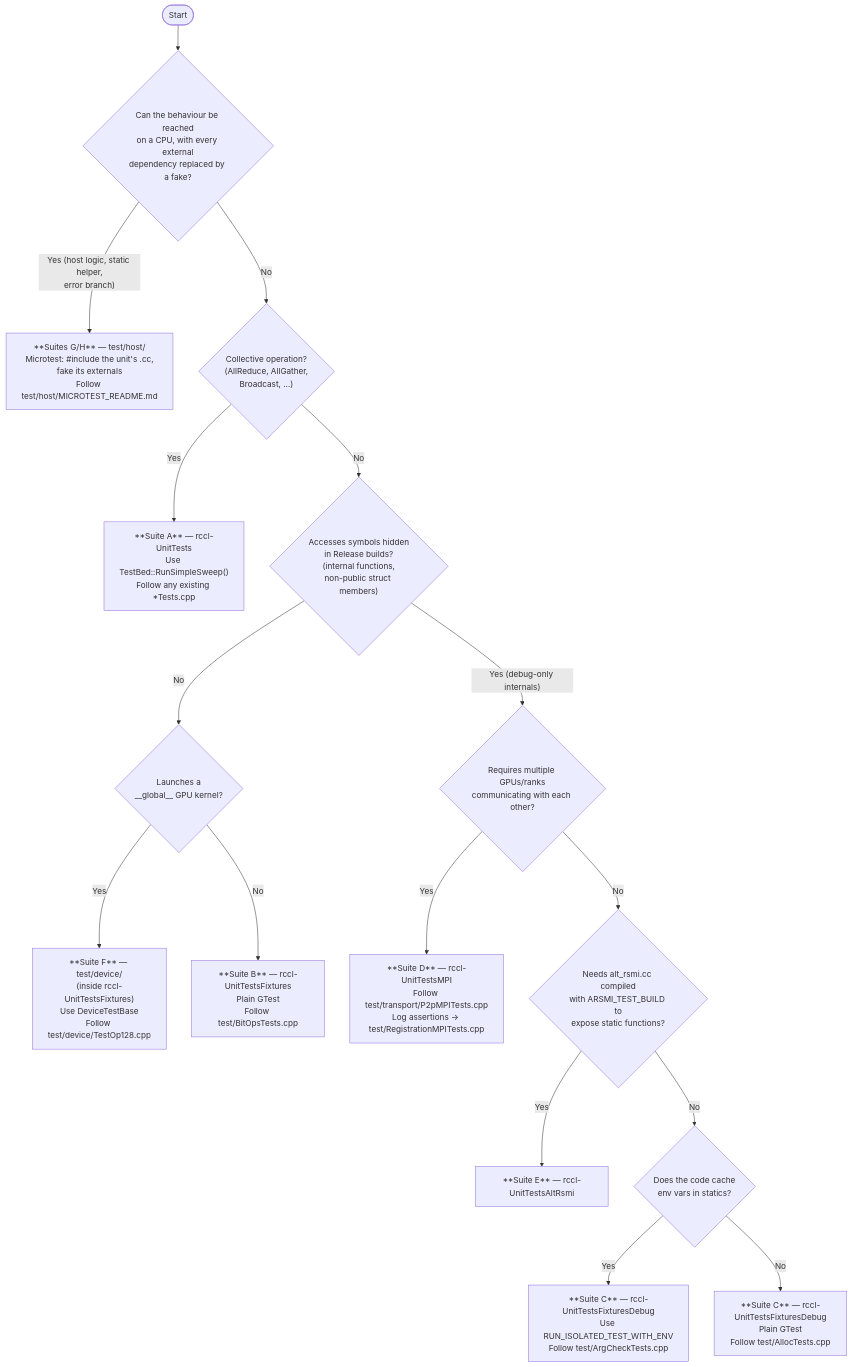
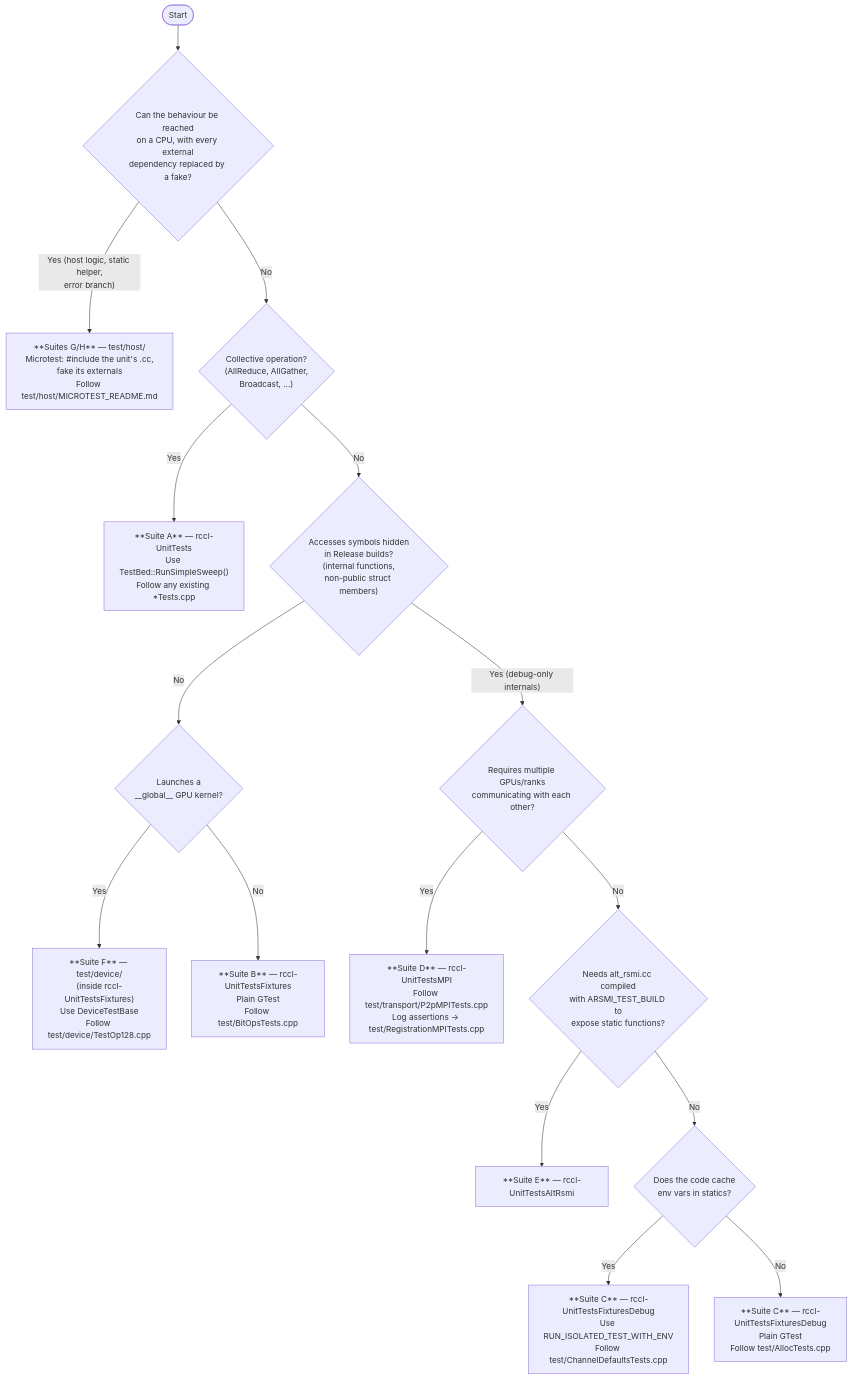
The diagram in projects/rccl/TESTING.md (ROCm/rocm-systems), drawn with Mermaid before and after one commit. The commit also changed other lines of this file, not shown here.

First line of the commit message:
[rccl] Correct stale claims in TESTING.md

````diff
--- a/projects/rccl/TESTING.md
+++ b/projects/rccl/TESTING.md
@@ -703,29 +730,29 @@
 ```mermaid
 flowchart TD
     A([Start]) --> Q1{"Can the behaviour be reached\non a CPU, with every external\ndependency replaced by a fake?"}
 
     Q1 -- "Yes (host logic, static helper,\nerror branch)" --> SGH["**Suites G/H** — test/host/\nMicrotest: #include the unit's .cc,\nfake its externals\nFollow test/host/MICROTEST_README.md"]
 
     Q1 -- No --> Q2{"Collective operation?\n(AllReduce, AllGather,\nBroadcast, …)"}
 
     Q2 -- Yes --> SA["**Suite A** — rccl-UnitTests\nUse TestBed::RunSimpleSweep()\nFollow any existing *Tests.cpp"]
 
     Q2 -- No --> Q3{"Accesses symbols hidden\nin Release builds?\n(internal functions,\nnon-public struct members)"}
 
     Q3 -- No --> Q4{"Launches a\n__global__ GPU kernel?"}
     Q4 -- Yes --> SF["**Suite F** — test/device/\n(inside rccl-UnitTestsFixtures)\nUse DeviceTestBase\nFollow test/device/TestOp128.cpp"]
     Q4 -- No --> SB["**Suite B** — rccl-UnitTestsFixtures\nPlain GTest\nFollow test/BitOpsTests.cpp"]
 
     Q3 -- "Yes (debug-only internals)" --> Q5{"Requires multiple GPUs/ranks\ncommunicating with each other?"}
 
     Q5 -- Yes --> SD["**Suite D** — rccl-UnitTestsMPI\nFollow test/transport/P2pMPITests.cpp\nLog assertions → test/RegistrationMPITests.cpp"]
 
     Q5 -- No --> Q6{"Needs alt_rsmi.cc compiled\nwith ARSMI_TEST_BUILD to\nexpose static functions?"}
 
     Q6 -- Yes --> SE["**Suite E** — rccl-UnitTestsAltRsmi"]
 
     Q6 -- No --> Q7{"Does the code cache\nenv vars in statics?"}
 
-    Q7 -- Yes --> SC_env["**Suite C** — rccl-UnitTestsFixturesDebug\nUse RUN_ISOLATED_TEST_WITH_ENV\nFollow test/ArgCheckTests.cpp"]
+    Q7 -- Yes --> SC_env["**Suite C** — rccl-UnitTestsFixturesDebug\nUse RUN_ISOLATED_TEST_WITH_ENV\nFollow test/ChannelDefaultsTests.cpp"]
     Q7 -- No --> SC_plain["**Suite C** — rccl-UnitTestsFixturesDebug\nPlain GTest\nFollow test/AllocTests.cpp"]
 ```
````
